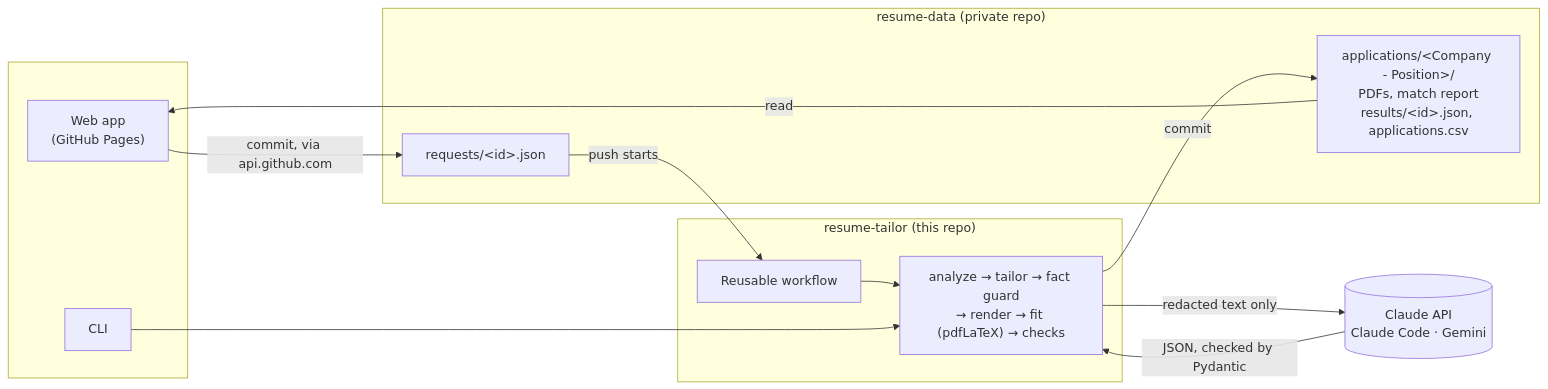
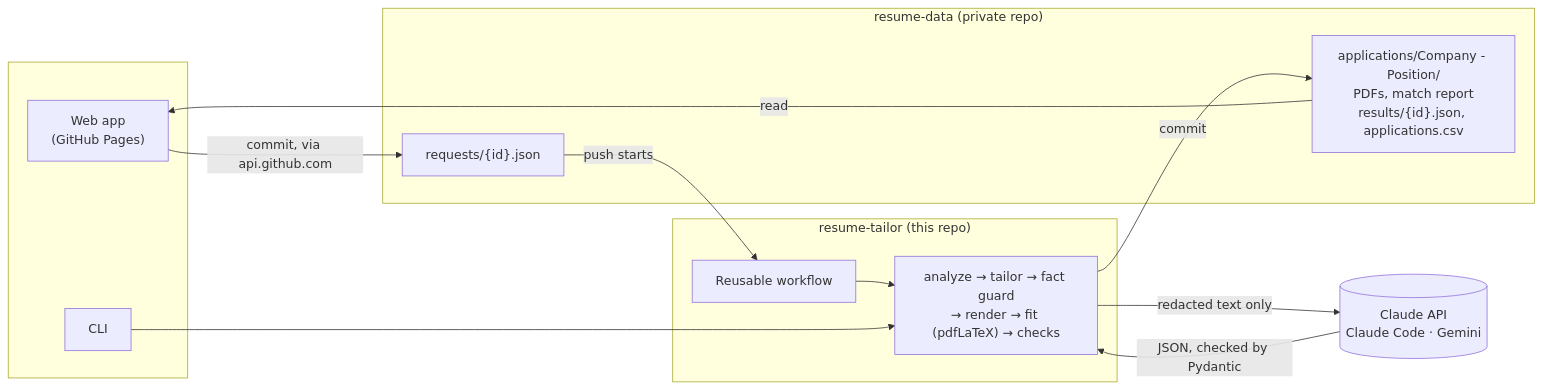
Before and after one commit to bedirhankaraahmetli/resume-tailor: the diagram in README.md, drawn with Mermaid.

Commit message:
README: plain braces in the diagram labels (mermaid shows HTML entities literally)

````diff
--- a/README.md
+++ b/README.md
@@ -29,24 +29,24 @@
 ```mermaid
 flowchart LR
   subgraph you[" "]
     web["Web app<br/>(GitHub Pages)"]
     cli["CLI"]
   end
   subgraph data["resume-data (private repo)"]
-    req["requests/&lt;id&gt;.json"]
-    out["applications/&lt;Company - Position&gt;/<br/>PDFs, match report<br/>results/&lt;id&gt;.json, applications.csv"]
+    req["requests/{id}.json"]
+    out["applications/Company - Position/<br/>PDFs, match report<br/>results/{id}.json, applications.csv"]
   end
   subgraph tool["resume-tailor (this repo)"]
     wf["Reusable workflow"]
     pipe["analyze → tailor → fact guard<br/>→ render → fit (pdfLaTeX) → checks"]
   end
   llm[("Claude API<br/>Claude Code · Gemini")]
 
   web -- "commit, via api.github.com" --> req
   req -- "push starts" --> wf --> pipe
   cli --> pipe
   pipe -- "redacted text only" --> llm
   llm -- "JSON, checked by Pydantic" --> pipe
   pipe -- "commit" --> out
   out -- "read" --> web
 ```
````
